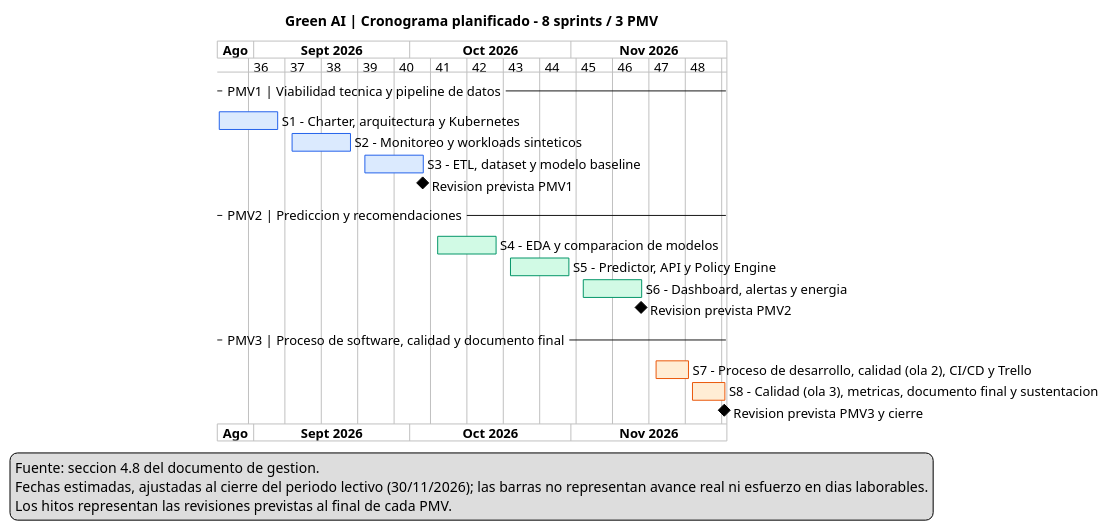
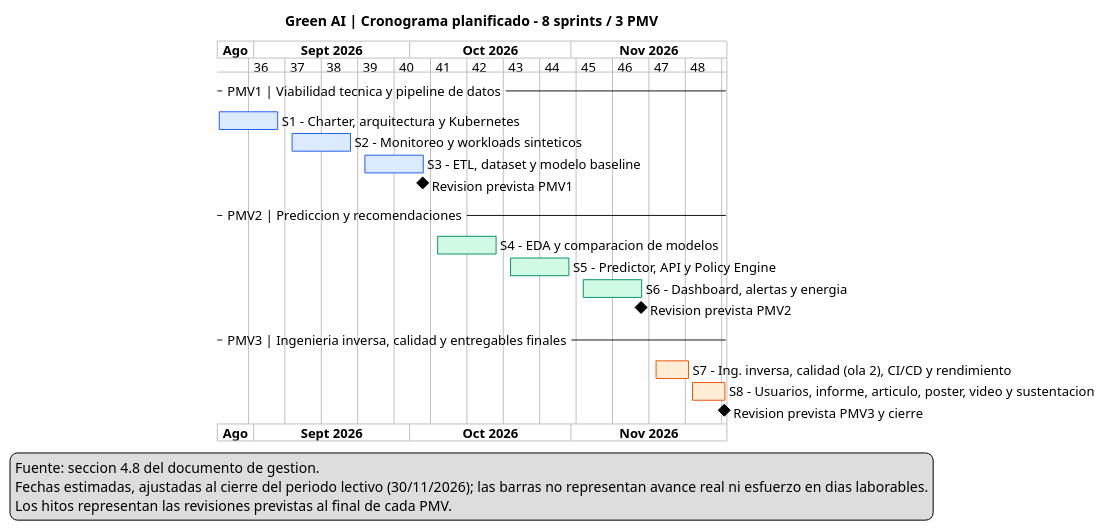
One commit to woshtsu/green-ai-workspace-cld changed the diagram in entregables/informe-corregido/fuentes/cronograma-planificado.puml. Above: the diagram before and after it, drawn with PlantUML. The commit also changed 50 other files, not shown here.

Commit message:
docs(informe): PMV3 según guías S14–S16 (ingeniería inversa, usuarios, rendimiento, artículo, póster) y transcripción de pósteres del docente

```diff
--- a/entregables/informe-corregido/fuentes/cronograma-planificado.puml
+++ b/entregables/informe-corregido/fuentes/cronograma-planificado.puml
@@ -1,35 +1,35 @@
 @startgantt
 title Green AI | Cronograma planificado - 8 sprints / 3 PMV
 Project starts 2026-08-25
 printscale weekly
 language es
 skinparam defaultFontName Arial
 skinparam defaultFontSize 13
 -- PMV1 | Viabilidad tecnica y pipeline de datos --
 [S1 - Charter, arquitectura y Kubernetes] starts 2026-08-25 and ends 2026-09-05
 [S2 - Monitoreo y workloads sinteticos] starts 2026-09-08 and ends 2026-09-19
 [S3 - ETL, dataset y modelo baseline] starts 2026-09-22 and ends 2026-10-03
 [S1 - Charter, arquitectura y Kubernetes] is colored in #DBEAFE/#2563EB
 [S2 - Monitoreo y workloads sinteticos] is colored in #DBEAFE/#2563EB
 [S3 - ETL, dataset y modelo baseline] is colored in #DBEAFE/#2563EB
 [Revision prevista PMV1] happens 2026-10-03
 -- PMV2 | Prediccion y recomendaciones --
 [S4 - EDA y comparacion de modelos] starts 2026-10-06 and ends 2026-10-17
 [S5 - Predictor, API y Policy Engine] starts 2026-10-20 and ends 2026-10-31
 [S6 - Dashboard, alertas y energia] starts 2026-11-03 and ends 2026-11-14
 [S4 - EDA y comparacion de modelos] is colored in #D1FAE5/#059669
 [S5 - Predictor, API y Policy Engine] is colored in #D1FAE5/#059669
 [S6 - Dashboard, alertas y energia] is colored in #D1FAE5/#059669
 [Revision prevista PMV2] happens 2026-11-14
--- PMV3 | Proceso de software, calidad y documento final --
-[S7 - Proceso de desarrollo, calidad (ola 2), CI/CD y Trello] starts 2026-11-17 and ends 2026-11-23
-[S8 - Calidad (ola 3), metricas, documento final y sustentacion] starts 2026-11-24 and ends 2026-11-30
-[S7 - Proceso de desarrollo, calidad (ola 2), CI/CD y Trello] is colored in #FFEDD5/#EA580C
-[S8 - Calidad (ola 3), metricas, documento final y sustentacion] is colored in #FFEDD5/#EA580C
+-- PMV3 | Ingenieria inversa, calidad y entregables finales --
+[S7 - Ing. inversa, calidad (ola 2), CI/CD y rendimiento] starts 2026-11-17 and ends 2026-11-23
+[S8 - Usuarios, informe, articulo, poster, video y sustentacion] starts 2026-11-24 and ends 2026-11-30
+[S7 - Ing. inversa, calidad (ola 2), CI/CD y rendimiento] is colored in #FFEDD5/#EA580C
+[S8 - Usuarios, informe, articulo, poster, video y sustentacion] is colored in #FFEDD5/#EA580C
 [Revision prevista PMV3 y cierre] happens 2026-11-30
 legend bottom
   Fuente: seccion 4.8 del documento de gestion.
   Fechas estimadas, ajustadas al cierre del periodo lectivo (30/11/2026); las barras no representan avance real ni esfuerzo en dias laborables.
   Los hitos representan las revisiones previstas al final de cada PMV.
 endlegend
 @endgantt
```
